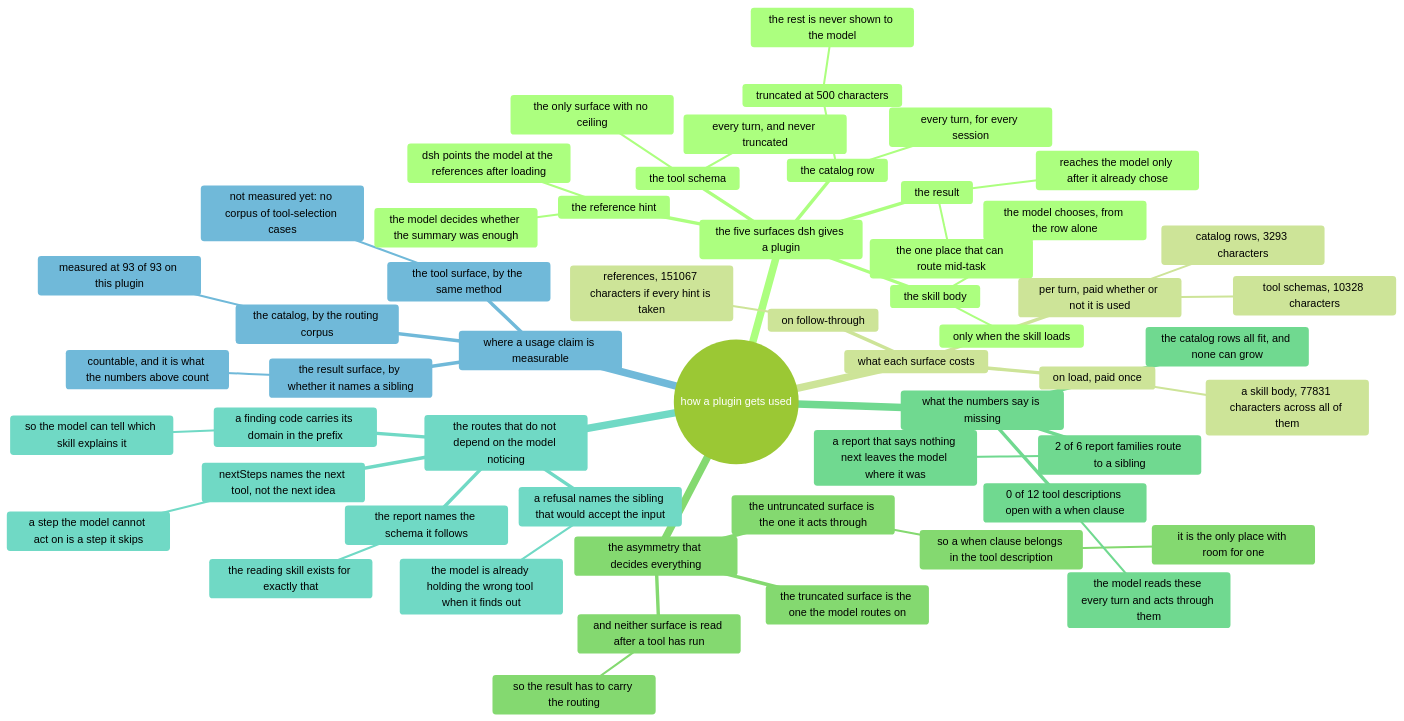
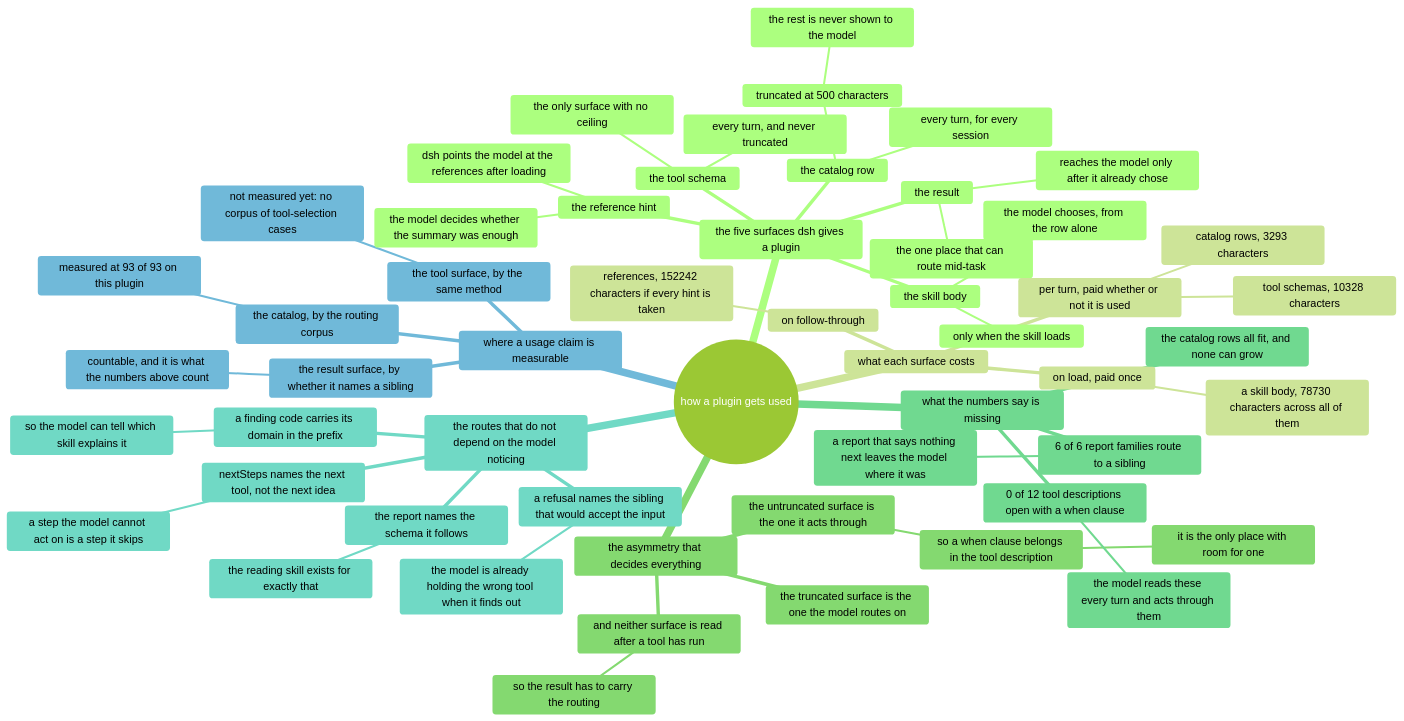
One commit to AmethystLuna/dsh-model-everything changed the diagram in docs/usage/mindmap.mmd. Above: the diagram before and after it, drawn with Mermaid (forest theme). The commit also changed 25 other files, not shown here.

```diff
--- a/docs/usage/mindmap.mmd
+++ b/docs/usage/mindmap.mmd
@@ -1,56 +1,56 @@
 mindmap
 root((how a plugin gets used))
   the five surfaces dsh gives a plugin
     the catalog row
       every turn, for every session
       truncated at 500 characters
         the rest is never shown to the model
     the skill body
       only when the skill loads
       the model chooses, from the row alone
     the reference hint
       dsh points the model at the references after loading
       the model decides whether the summary was enough
     the tool schema
       every turn, and never truncated
       the only surface with no ceiling
     the result
       reaches the model only after it already chose
       the one place that can route mid-task
   what each surface costs
     per turn, paid whether or not it is used
       catalog rows, 3293 characters
       tool schemas, 10328 characters
     on load, paid once
-      a skill body, 77831 characters across all of them
+      a skill body, 78730 characters across all of them
     on follow-through
-      references, 151067 characters if every hint is taken
+      references, 152242 characters if every hint is taken
   the asymmetry that decides everything
     the truncated surface is the one the model routes on
     the untruncated surface is the one it acts through
       so a when clause belongs in the tool description
         it is the only place with room for one
     and neither surface is read after a tool has run
       so the result has to carry the routing
   what the numbers say is missing
     0 of 12 tool descriptions open with a when clause
       the model reads these every turn and acts through them
-    2 of 6 report families route to a sibling
+    6 of 6 report families route to a sibling
       a report that says nothing next leaves the model where it was
     the catalog rows all fit, and none can grow
   the routes that do not depend on the model noticing
     a refusal names the sibling that would accept the input
       the model is already holding the wrong tool when it finds out
     nextSteps names the next tool, not the next idea
       a step the model cannot act on is a step it skips
     a finding code carries its domain in the prefix
       so the model can tell which skill explains it
     the report names the schema it follows
       the reading skill exists for exactly that
   where a usage claim is measurable
     the catalog, by the routing corpus
       measured at 93 of 93 on this plugin
     the tool surface, by the same method
       not measured yet: no corpus of tool-selection cases
     the result surface, by whether it names a sibling
       countable, and it is what the numbers above count
```
